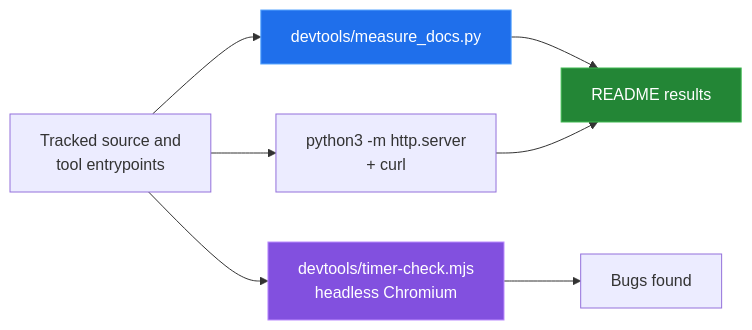
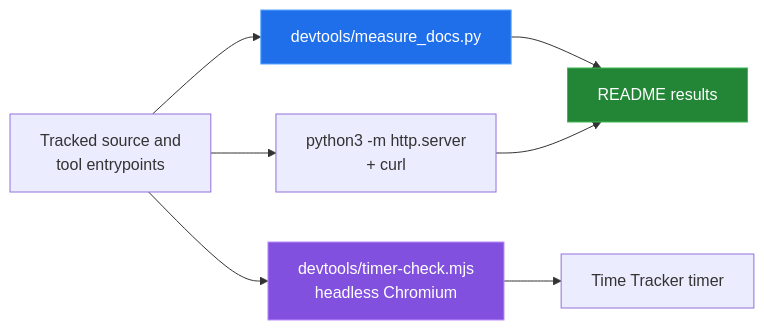
The diagram in docs/measurement.md (Bissbert/project-planning-tools), drawn with Mermaid before and after one commit. The commit also changed other lines of this file and 4 other files, not shown here.

First line of the commit message:
Docs: drop BUGS-FOUND.md

````diff
--- a/docs/measurement.md
+++ b/docs/measurement.md
@@ -26,13 +26,13 @@
 ```mermaid
 flowchart LR
     S["Tracked source and<br/>tool entrypoints"] --> M["devtools/measure_docs.py"]
     S --> H["python3 -m http.server<br/>+ curl"]
     S --> T["devtools/timer-check.mjs<br/>headless Chromium"]
     M --> R["README results"]
     H --> R
-    T --> B["Bugs found"]
+    T --> B["Time Tracker timer"]
 
     style M fill:#1f6feb,stroke:#58a6ff,color:#fff
     style T fill:#8250df,stroke:#bc8cff,color:#fff
     style R fill:#238636,stroke:#3fb950,color:#fff
 ```
````
